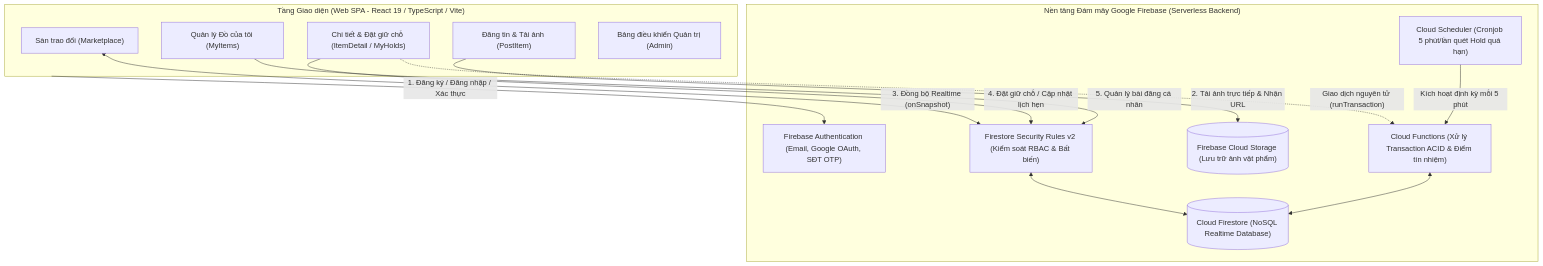
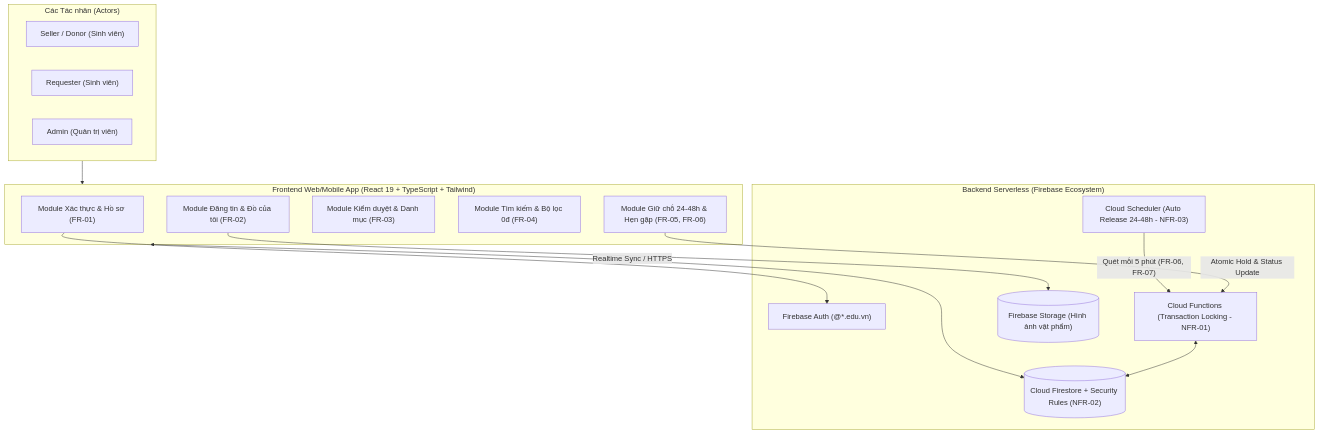
Before and after one commit to viducthanhdat-web/Do-an: the first of 3 diagrams in SRS_UniExchange.md, drawn with Mermaid. The commit also changed other lines of this file and 24 other files, not shown here.

````diff
--- a/SRS_UniExchange.md
+++ b/SRS_UniExchange.md
@@ -66,29 +71,32 @@
 ```mermaid
 flowchart TB
-    subgraph Client["Tầng Giao diện (Web SPA - React 19 / TypeScript / Vite)"]
-        UI_MKT["Sàn trao đổi (Marketplace)"]
-        UI_POST["Đăng tin & Tải ảnh (PostItem)"]
-        UI_HOLD["Chi tiết & Đặt giữ chỗ (ItemDetail / MyHolds)"]
-        UI_MY["Quản lý Đồ của tôi (MyItems)"]
-        UI_ADM["Bảng điều khiển Quản trị (Admin)"]
+    subgraph Actors["Các Tác nhân (Actors)"]
+        Seller["Seller / Donor (Sinh viên)"]
+        Req["Requester (Sinh viên)"]
+        Adm["Admin (Quản trị viên)"]
     end
 
-    subgraph Firebase["Nền tảng Đám mây Google Firebase (Serverless Backend)"]
-        AUTH["Firebase Authentication (Email, Google OAuth, SĐT OTP)"]
-        RULES["Firestore Security Rules v2 (Kiểm soát RBAC & Bất biến)"]
-        DB[("Cloud Firestore (NoSQL Realtime Database)")]
-        STORAGE[("Firebase Cloud Storage (Lưu trữ ảnh vật phẩm)")]
-        CF["Cloud Functions (Xử lý Transaction ACID & Điểm tín nhiệm)"]
-        CRON["Cloud Scheduler (Cronjob 5 phút/lần quét Hold quá hạn)"]
+    subgraph FE["Frontend Web/Mobile App (React 19 + TypeScript + Tailwind)"]
+        UI_Auth["Module Xác thực & Hồ sơ (FR-01)"]
+        UI_Post["Module Đăng tin & Đồ của tôi (FR-02)"]
+        UI_Admin["Module Kiểm duyệt & Danh mục (FR-03)"]
+        UI_Search["Module Tìm kiếm & Bộ lọc 0đ (FR-04)"]
+        UI_Hold["Module Giữ chỗ 24-48h & Hẹn gặp (FR-05, FR-06)"]
     end
 
-    Client -->|"1. Đăng ký / Đăng nhập / Xác thực"| AUTH
-    UI_POST -->|"2. Tải ảnh trực tiếp & Nhận URL"| STORAGE
-    UI_MKT <-->|"3. Đồng bộ Realtime (onSnapshot)"| RULES
-    UI_HOLD -->|"4. Đặt giữ chỗ / Cập nhật lịch hẹn"| RULES
-    UI_MY -->|"5. Quản lý bài đăng cá nhân"| RULES
-    RULES <--> DB
-    UI_HOLD -.->|"Giao dịch nguyên tử (runTransaction)"| CF
+    subgraph BE["Backend Serverless (Firebase Ecosystem)"]
+        Auth["Firebase Auth (@*.edu.vn)"]
+        CF["Cloud Functions (Transaction Locking - NFR-01)"]
+        Cron["Cloud Scheduler (Auto Release 24-48h - NFR-03)"]
+        DB[("Cloud Firestore + Security Rules (NFR-02)")]
+        Store[("Firebase Storage (Hình ảnh vật phẩm)")]
+    end
+
+    Actors --> FE
+    UI_Auth --> Auth
+    UI_Post --> Store
+    FE <-->|"Realtime Sync / HTTPS"| DB
+    UI_Hold -->|"Atomic Hold & Status Update"| CF
     CF <--> DB
-    CRON -->|"Kích hoạt định kỳ mỗi 5 phút"| CF
+    Cron -->|"Quét mỗi 5 phút (FR-06, FR-07)"| CF
 ```
````
